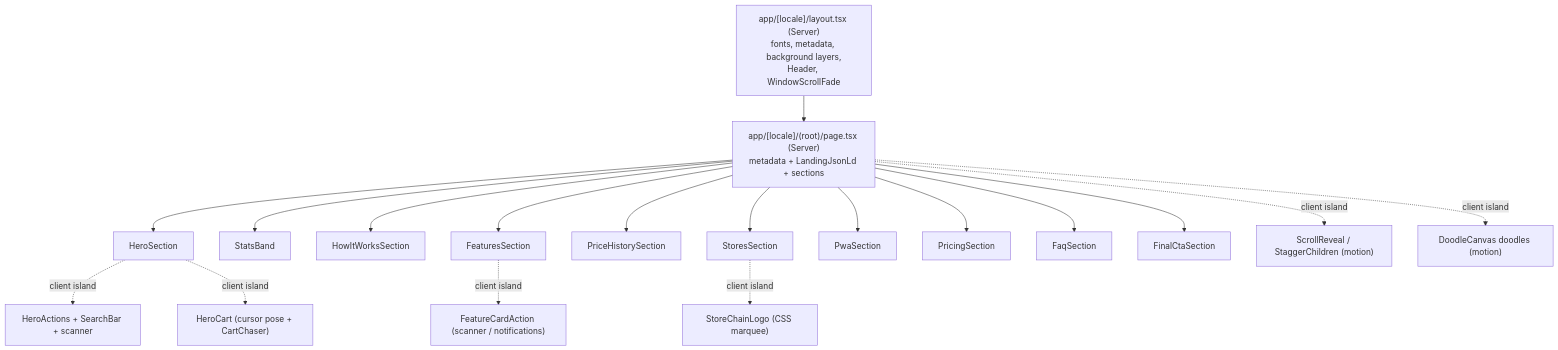
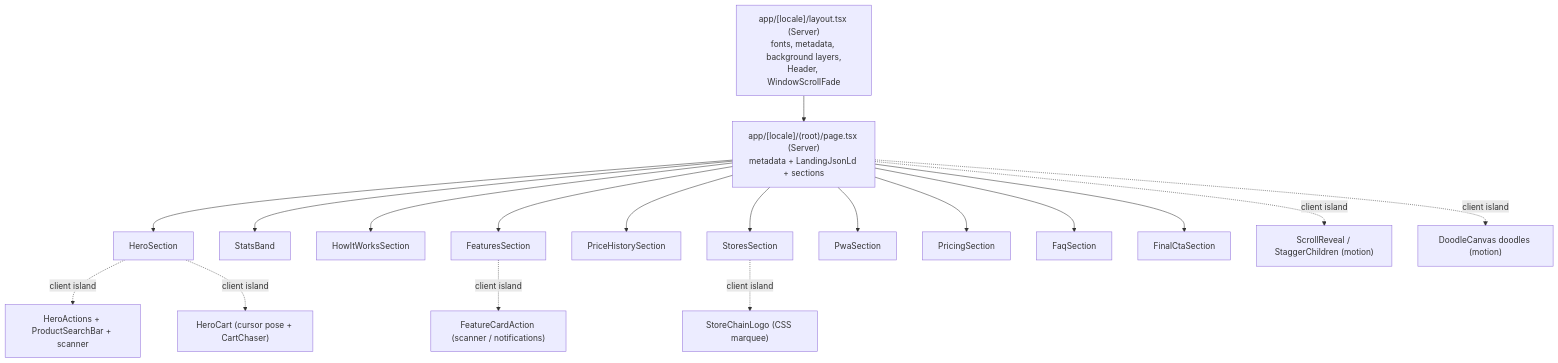
The diagram in docs/LANDING.md (OffCrazyFreak/Disscount), drawn with Mermaid before and after one commit. The commit also changed 3 other files, not shown here.

First line of the commit message:
docs(search): Describe the mirrored product search draft

````diff
--- a/docs/LANDING.md
+++ b/docs/LANDING.md
@@ -13,22 +13,22 @@
 ```mermaid
 flowchart TD
   Layout["app/[locale]/layout.tsx (Server)\nfonts, metadata, background layers,\nHeader, WindowScrollFade"] --> Page["app/[locale]/(root)/page.tsx (Server)\nmetadata + LandingJsonLd + sections"]
 
   Page --> Hero[HeroSection]
   Page --> Stats[StatsBand]
   Page --> How[HowItWorksSection]
   Page --> Feat[FeaturesSection]
   Page --> Price[PriceHistorySection]
   Page --> Stores[StoresSection]
   Page --> Pwa[PwaSection]
   Page --> Pricing[PricingSection]
   Page --> Faq[FaqSection]
   Page --> Cta[FinalCtaSection]
 
-  Hero -.client island.-> HeroActions["HeroActions + SearchBar + scanner"]
+  Hero -.client island.-> HeroActions["HeroActions + ProductSearchBar + scanner"]
   Hero -.client island.-> HeroCart["HeroCart (cursor pose + CartChaser)"]
   Feat -.client island.-> FCA["FeatureCardAction (scanner / notifications)"]
   Stores -.client island.-> Marquee["StoreChainLogo (CSS marquee)"]
   Page -.client island.-> Reveal["ScrollReveal / StaggerChildren (motion)"]
   Page -.client island.-> Doodles["DoodleCanvas doodles (motion)"]
 ```
````
